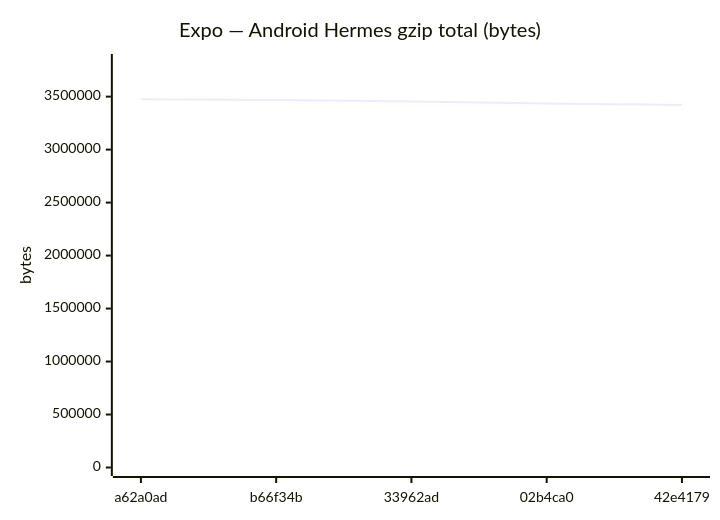
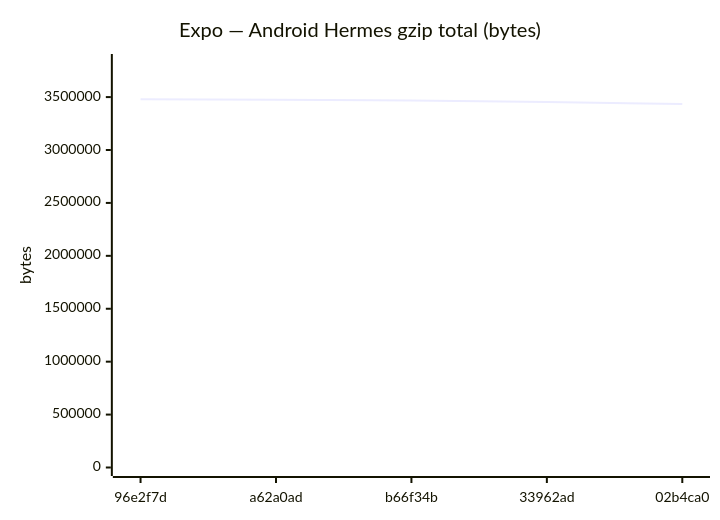
One commit to Metaheurist/Rianell changed diagram 11 of 18 in benchmarks/compare.md. Above: the diagram before and after it, drawn with Mermaid. The commit also changed other lines of this file and 11 other files, not shown here.

````diff
--- a/benchmarks/compare.md
+++ b/benchmarks/compare.md
@@ -172,7 +172,7 @@
 ```mermaid
 xychart-beta
     title "Expo — Android Hermes gzip total (bytes)"
-    x-axis ["a62a0ad", "b66f34b", "33962ad", "02b4ca0", "42e4179"]
-    y-axis "bytes" 0 --> 3822067
-    line [3474606, 3468338, 3454266, 3434635, 3421569]
+    x-axis ["96e2f7d", "a62a0ad", "b66f34b", "33962ad", "02b4ca0"]
+    y-axis "bytes" 0 --> 3826803
+    line [3478911, 3474606, 3468338, 3454266, 3434635]
 ```
````
